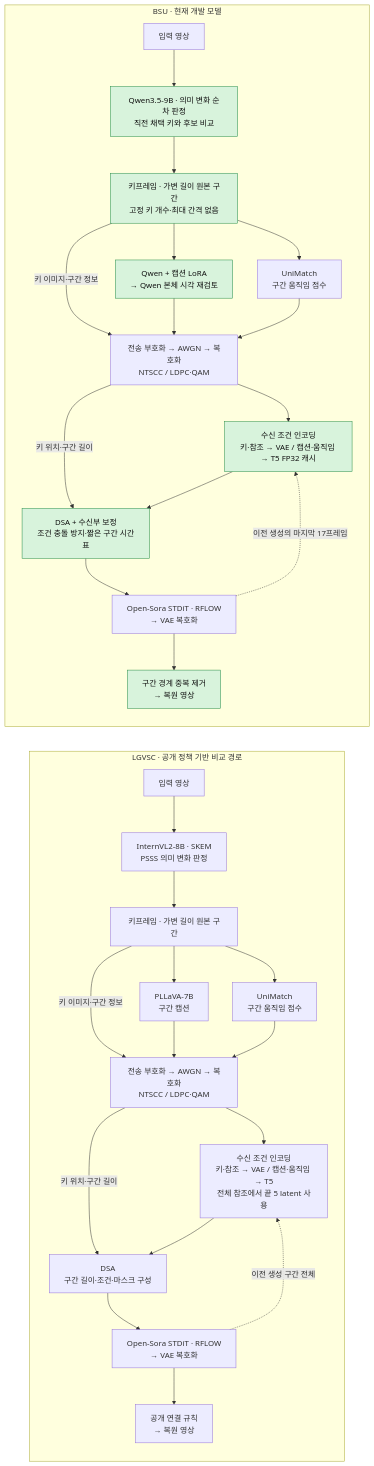
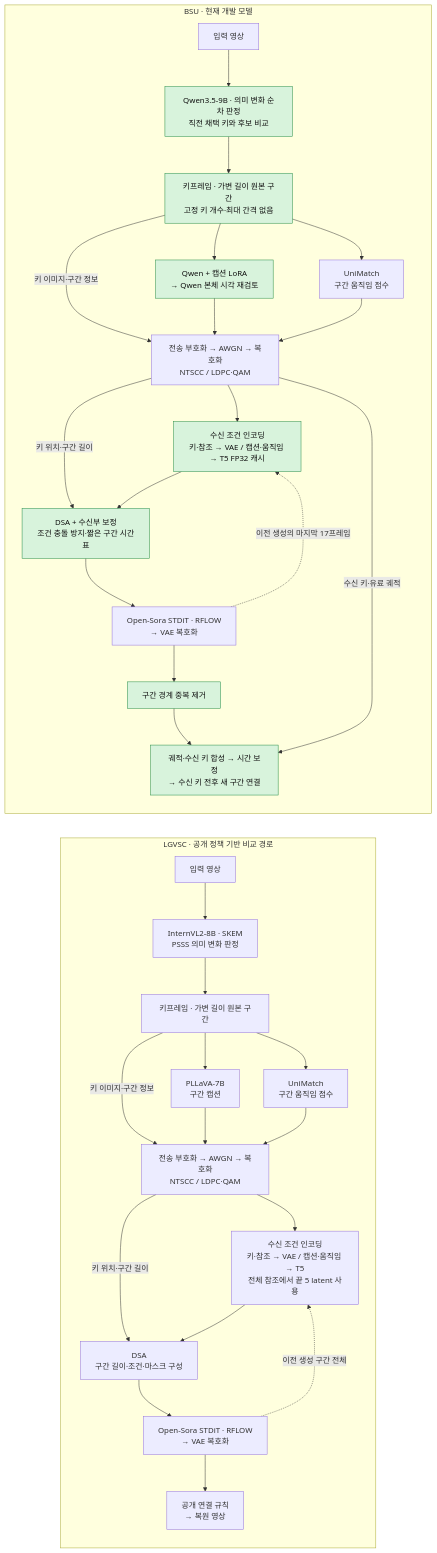
Before and after one commit to SangukBae/semantic_transmission: the first of 9 diagrams in docs/MODEL_ARCHITECTURE.md, drawn with Mermaid. The commit also changed other lines of this file and 5 other files, not shown here.

````diff
--- a/docs/MODEL_ARCHITECTURE.md
+++ b/docs/MODEL_ARCHITECTURE.md
@@ -15,37 +17,39 @@
 ```mermaid
 flowchart LR
     subgraph L["LGVSC · 공개 정책 기반 비교 경로"]
         direction TB
         L0["입력 영상"] --> L1["InternVL2-8B · SKEM<br/>PSSS 의미 변화 판정"]
         L1 --> L2["키프레임 · 가변 길이 원본 구간"]
         L2 --> LC["PLLaVA-7B<br/>구간 캡션"]
         L2 --> LF["UniMatch<br/>구간 움직임 점수"]
         L2 -->|키 이미지·구간 정보| LT["전송 부호화 → AWGN → 복호화<br/>NTSCC / LDPC·QAM"]
         LC --> LT
         LF --> LT
         LT --> LR["수신 조건 인코딩<br/>키·참조 → VAE / 캡션·움직임 → T5<br/>전체 참조에서 끝 5 latent 사용"]
         LT -->|키 위치·구간 길이| LD
         LR --> LD["DSA<br/>구간 길이·조건·마스크 구성"]
         LD --> LG["Open-Sora STDiT · RFLOW<br/>→ VAE 복호화"]
         LG --> LO["공개 연결 규칙<br/>→ 복원 영상"]
         LG -. "이전 생성 구간 전체" .-> LR
     end
     subgraph B["BSU · 현재 개발 모델"]
         direction TB
         B0["입력 영상"] --> B1["Qwen3.5-9B · 의미 변화 순차 판정<br/>직전 채택 키와 후보 비교"]
         B1 --> B2["키프레임 · 가변 길이 원본 구간<br/>고정 키 개수·최대 간격 없음"]
         B2 --> BC["Qwen + 캡션 LoRA<br/>→ Qwen 본체 시각 재검토"]
         B2 --> BF["UniMatch<br/>구간 움직임 점수"]
         B2 -->|키 이미지·구간 정보| BT["전송 부호화 → AWGN → 복호화<br/>NTSCC / LDPC·QAM"]
         BC --> BT
         BF --> BT
         BT --> BR["수신 조건 인코딩<br/>키·참조 → VAE / 캡션·움직임 → T5 FP32 캐시"]
         BT -->|키 위치·구간 길이| BD
         BR --> BD["DSA + 수신부 보정<br/>조건 충돌 방지·짧은 구간 시간표"]
         BD --> BG["Open-Sora STDiT · RFLOW<br/>→ VAE 복호화"]
-        BG --> BO["구간 경계 중복 제거<br/>→ 복원 영상"]
+        BG --> BO["구간 경계 중복 제거"]
+        BO --> BP["궤적·수신 키 합성 → 시간 보정<br/>→ 수신 키 전후 새 구간 연결"]
+        BT -->|수신 키·유료 궤적| BP
         BG -. "이전 생성의 마지막 17프레임" .-> BR
     end
     classDef changed fill:#d8f3dc,stroke:#228b45,color:#111
-    class B1,B2,BC,BR,BD,BO changed
+    class B1,B2,BC,BR,BD,BO,BP changed
 ```
````
